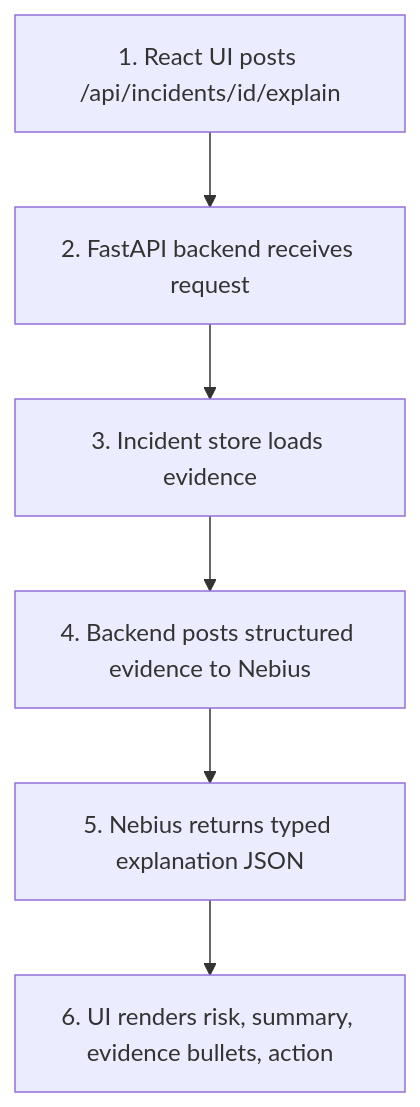
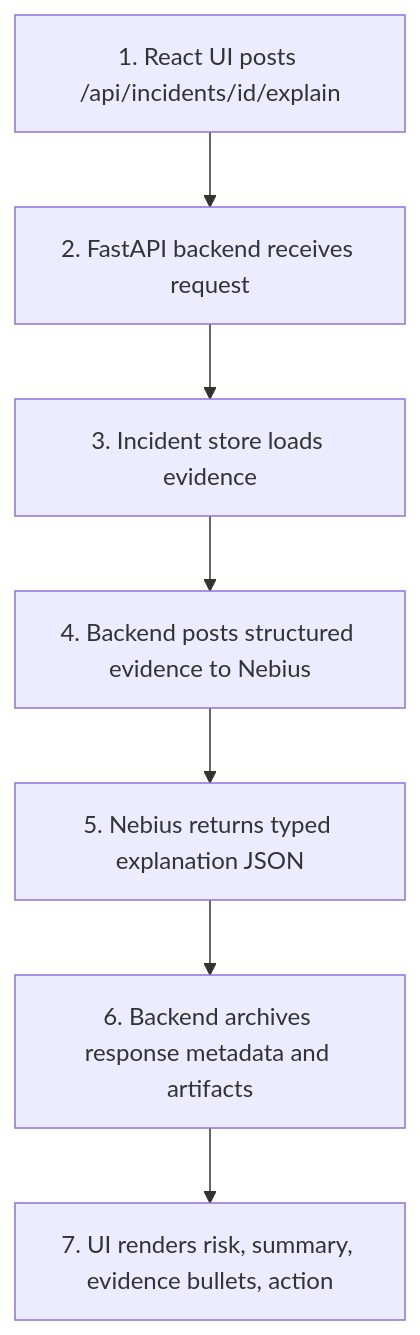
Before and after one commit to khab40/aimada: the second of 3 diagrams in docs/architecture/ARD-0008-nebius-serverless-ai-endpoints.md, drawn with Mermaid. The commit also changed other lines of this file and 23 other files, not shown here.

````diff
--- a/docs/architecture/ARD-0008-nebius-serverless-ai-endpoints.md
+++ b/docs/architecture/ARD-0008-nebius-serverless-ai-endpoints.md
@@ -60,15 +56,17 @@
 ```mermaid
 graph TD
     UI["1. React UI posts /api/incidents/id/explain"]
     API["2. FastAPI backend receives request"]
     Store["3. Incident store loads evidence"]
     Nebius["4. Backend posts structured evidence to Nebius"]
     Explanation["5. Nebius returns typed explanation JSON"]
-    Render["6. UI renders risk, summary, evidence bullets, action"]
+    Evidence["6. Backend archives response metadata and artifacts"]
+    Render["7. UI renders risk, summary, evidence bullets, action"]
 
     UI --> API
     API --> Store
     Store --> Nebius
     Nebius --> Explanation
-    Explanation --> Render
+    Explanation --> Evidence
+    Evidence --> Render
 ```
````
